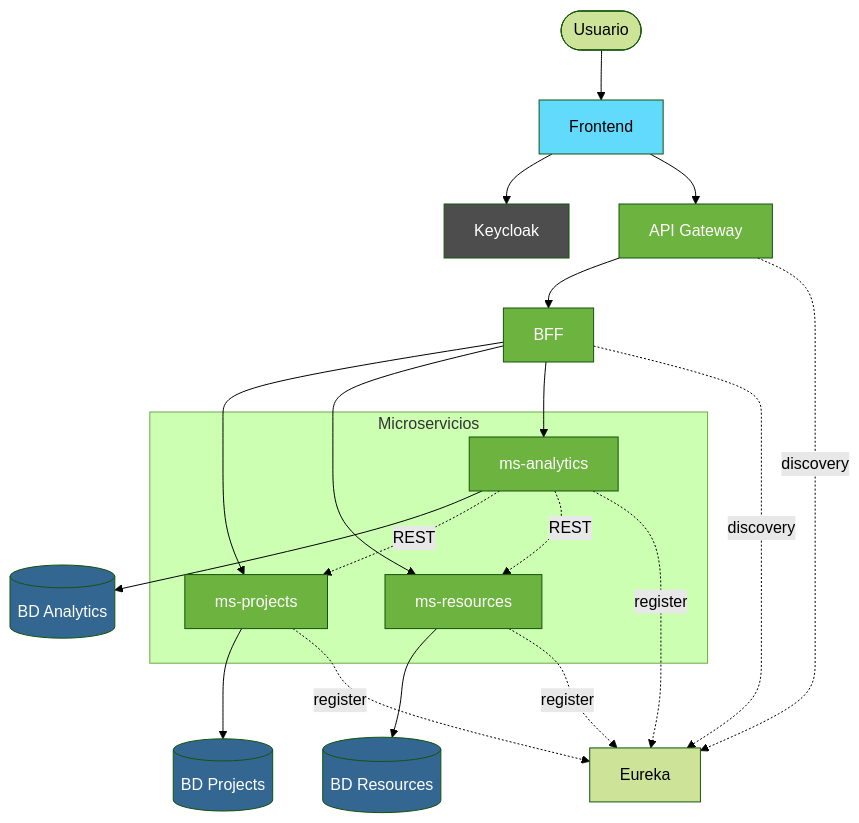
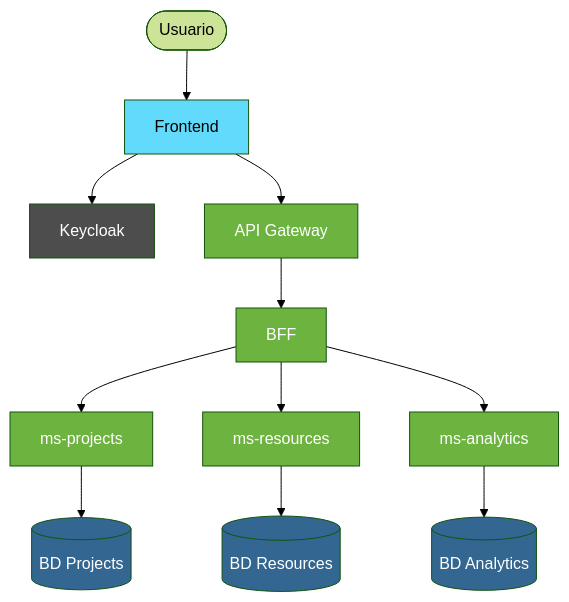
Before and after one commit to najescobar-ui/innovatechSolutionNEEP_FS: the first of 8 diagrams in README.md, drawn with Mermaid (forest theme).

Commit message:
Documentacion README

````diff
--- a/README.md
+++ b/README.md
@@ -64,49 +64,36 @@
 ```mermaid
 graph TB
     User([Usuario])
     FE[Frontend]
     KC[Keycloak]
     GW[API Gateway]
     BFF[BFF]
-    EUREKA[Eureka]
-
-    subgraph Microservicios
-        MSP[ms-projects]
-        MSR[ms-resources]
-        MSA[ms-analytics]
-    end
-
+    MSP[ms-projects]
+    MSR[ms-resources]
+    MSA[ms-analytics]
     DBP[(BD Projects)]
     DBR[(BD Resources)]
     DBA[(BD Analytics)]
 
     User --> FE
+    FE --> GW
     FE --> KC
-    FE --> GW
     GW --> BFF
     BFF --> MSP
     BFF --> MSR
     BFF --> MSA
     MSP --> DBP
     MSR --> DBR
     MSA --> DBA
-    MSA -.REST.-> MSP
-    MSA -.REST.-> MSR
-
-    GW -.discovery.-> EUREKA
-    BFF -.discovery.-> EUREKA
-    MSP -.register.-> EUREKA
-    MSR -.register.-> EUREKA
-    MSA -.register.-> EUREKA
 
     style FE fill:#61DAFB,color:#000
     style KC fill:#4D4D4D,color:#fff
     style GW fill:#6DB33F,color:#fff
     style BFF fill:#6DB33F,color:#fff
     style MSP fill:#6DB33F,color:#fff
     style MSR fill:#6DB33F,color:#fff
     style MSA fill:#6DB33F,color:#fff
     style DBP fill:#336791,color:#fff
     style DBR fill:#336791,color:#fff
     style DBA fill:#336791,color:#fff
 ```
````
